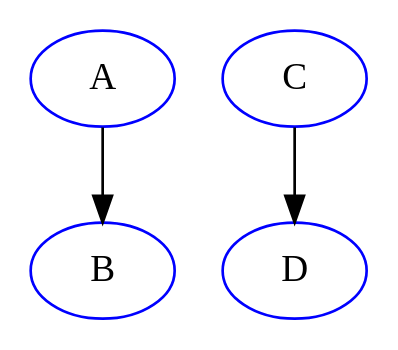
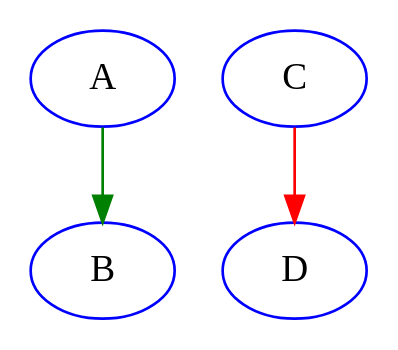
One commit to graphviz-perl/GraphViz2-Marpa-PathUtils changed the diagram in data/03.clusters.in.gv. Above: the diagram before and after it, drawn with Graphviz. The commit also changed 7 other files, not shown here.

```diff
--- a/data/03.clusters.in.gv
+++ b/data/03.clusters.in.gv
@@ -1,9 +1,9 @@
 digraph graph_03
 {
 	rankdir = TB
 
 	node [color = blue]
 
-	A -> B
-	C -> D
+	A -> B [color = green]
+	C -> D [color = red]
 }
```
